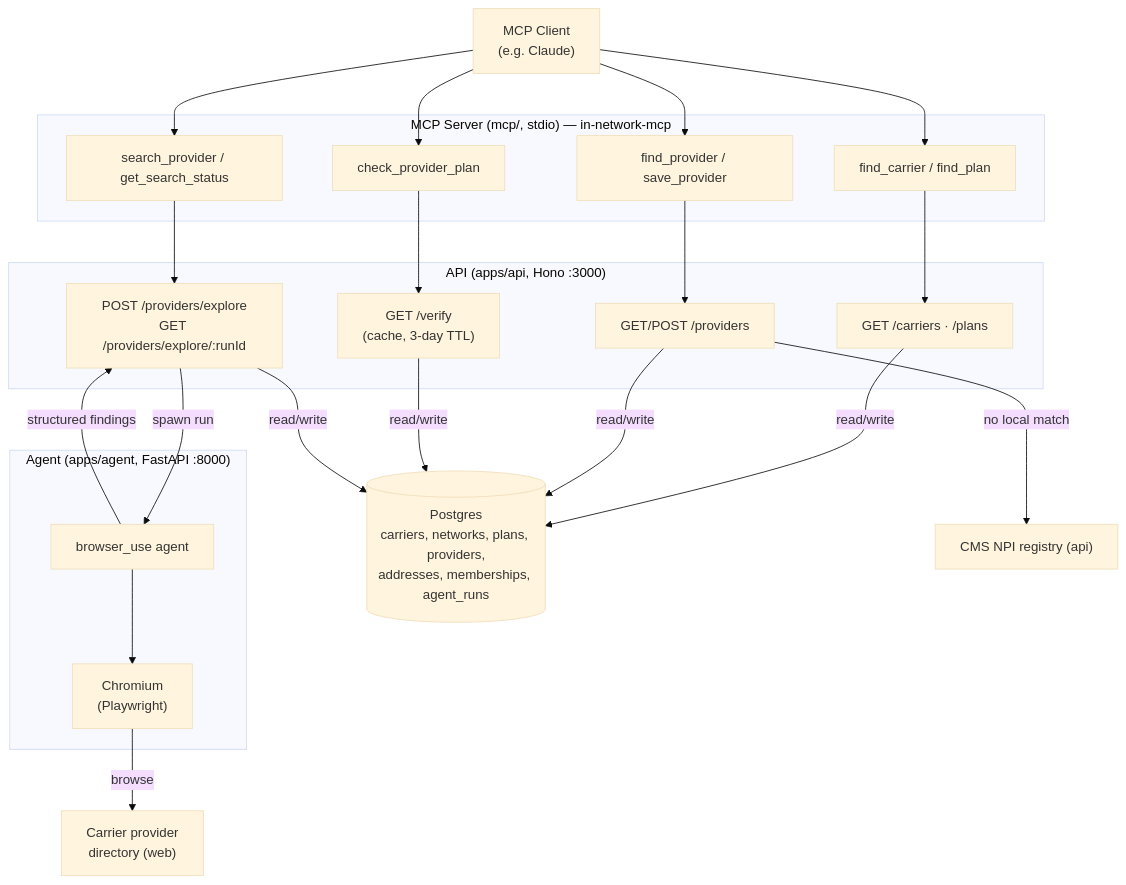
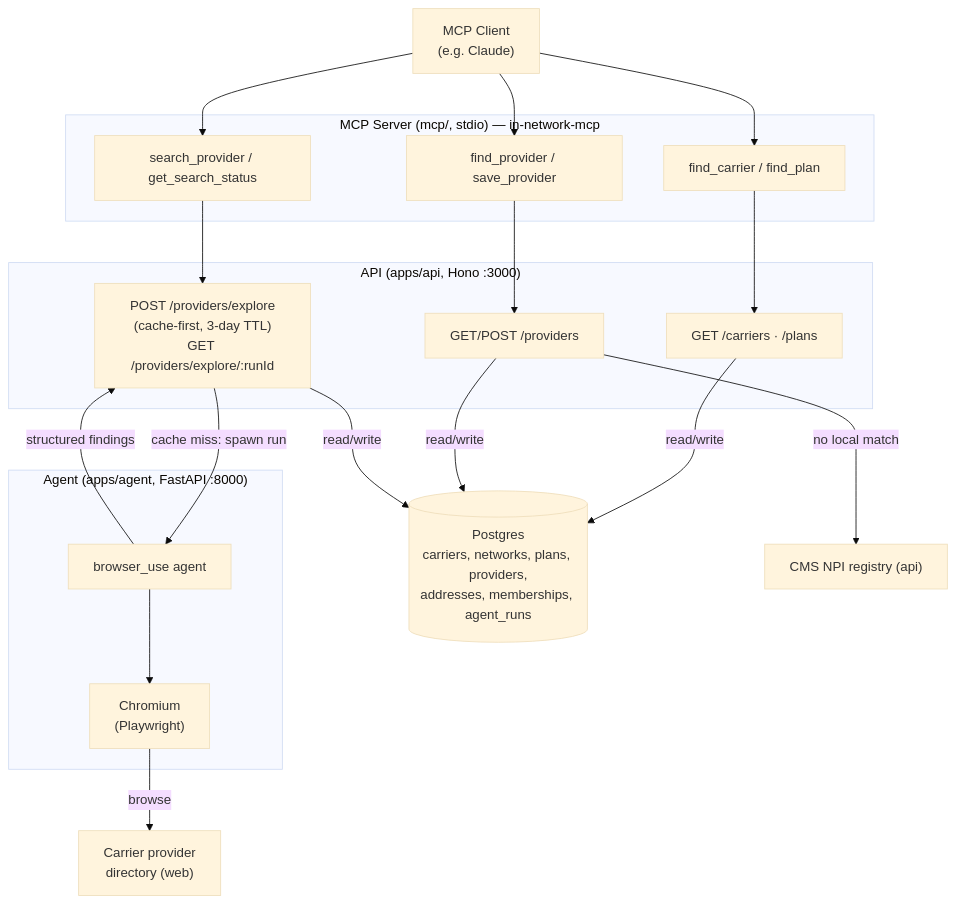
Before and after one commit to Kempo/in-network: the diagram in README.md, drawn with Mermaid (base theme).

Commit message:
Update README architecture diagram

````diff
--- a/README.md
+++ b/README.md
@@ -49,39 +49,36 @@
 ```mermaid
 flowchart TD
     client["MCP Client<br/>(e.g. Claude)"]
 
     subgraph mcp["MCP Server (mcp/, stdio) — in-network-mcp"]
         t1["find_carrier / find_plan"]
         t2["find_provider / save_provider"]
-        t3["check_provider_plan"]
         t4["search_provider / get_search_status"]
     end
 
     subgraph api["API (apps/api, Hono :3000)"]
         r1["GET /carriers · /plans"]
         r2["GET/POST /providers"]
-        r3["GET /verify<br/>(cache, 3-day TTL)"]
-        r4["POST /providers/explore<br/>GET /providers/explore/:runId"]
+        r4["POST /providers/explore<br/>(cache-first, 3-day TTL)<br/>GET /providers/explore/:runId"]
     end
 
     subgraph agent["Agent (apps/agent, FastAPI :8000)"]
         bu["browser_use agent"]
         chromium["Chromium<br/>(Playwright)"]
     end
 
     db[("Postgres<br/>carriers, networks, plans, providers,<br/>addresses, memberships, agent_runs")]
     npi["CMS NPI registry (api)"]
     directory["Carrier provider<br/>directory (web)"]
 
-    client --> t1 & t2 & t3 & t4
+    client --> t1 & t2 & t4
     t1 --> r1
     t2 --> r2
-    t3 --> r3
     t4 --> r4
     r2 -->|no local match| npi
-    r4 -->|spawn run| bu
+    r4 -->|cache miss: spawn run| bu
     bu --> chromium
     chromium -->|browse| directory
     bu -->|structured findings| r4
-    r1 & r2 & r3 & r4 -->|read/write| db
+    r1 & r2 & r4 -->|read/write| db
 ```
````
